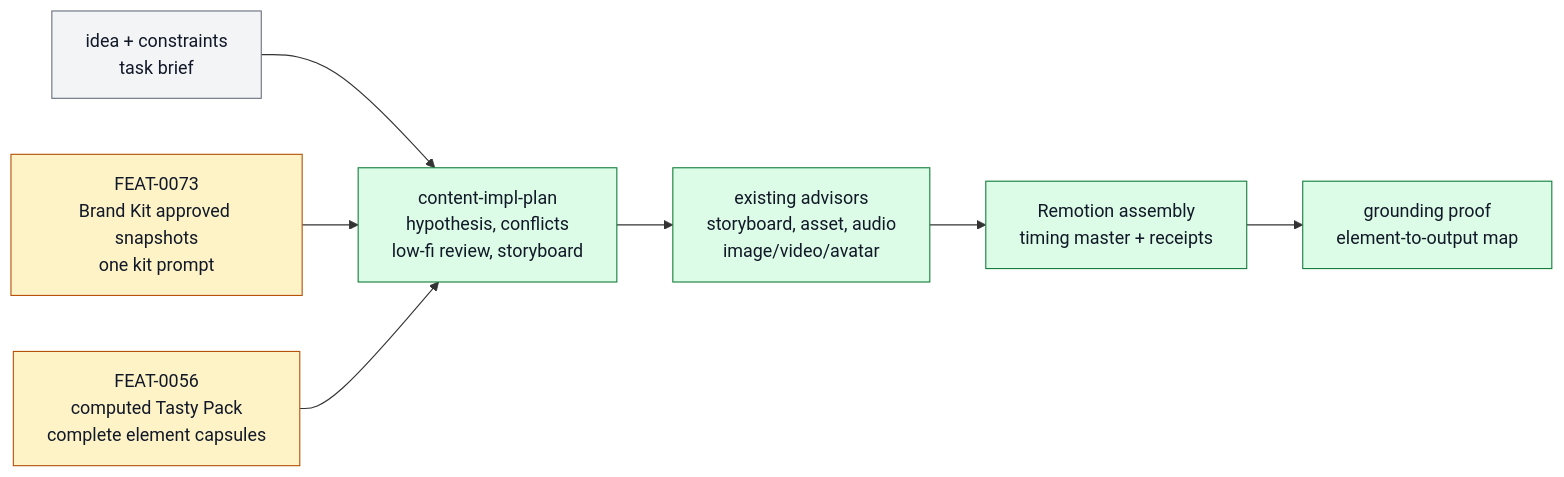
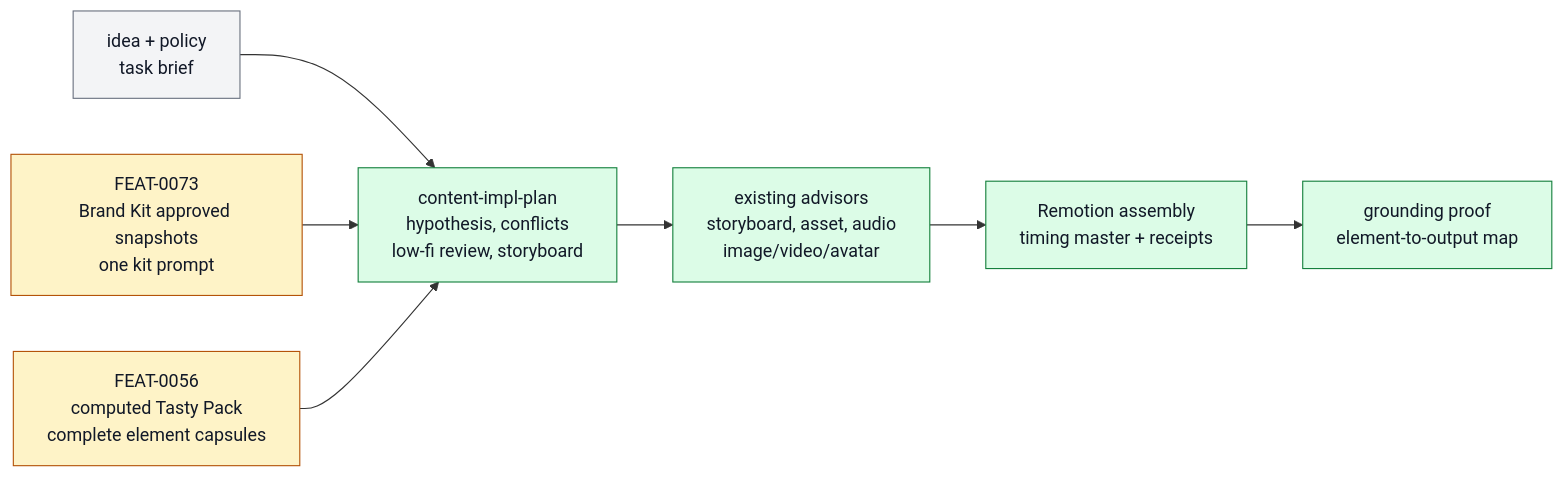
Before and after one commit to ZanarkandTechnologies/Farplane: the diagram in docs/systems/content-production.md, drawn with Mermaid. The commit also changed other lines of this file and 6 other files, not shown here.

````diff
--- a/docs/systems/content-production.md
+++ b/docs/systems/content-production.md
@@ -93,19 +101,19 @@
 ```mermaid
 flowchart LR
   classDef keep fill:#f3f4f6,stroke:#6b7280,color:#111827
   classDef changed fill:#fef3c7,stroke:#b45309,color:#111827
   classDef added fill:#dcfce7,stroke:#15803d,color:#111827
 
-  idea["idea + constraints<br/>task brief"]:::keep
+  idea["idea + policy<br/>task brief"]:::keep
   kit["FEAT-0073<br/>Brand Kit approved snapshots<br/>one kit prompt"]:::changed
   tasty["FEAT-0056<br/>computed Tasty Pack<br/>complete element capsules"]:::changed
   plan["content-impl-plan<br/>hypothesis, conflicts<br/>low-fi review, storyboard"]:::added
   advisors["existing advisors<br/>storyboard, asset, audio<br/>image/video/avatar"]:::added
   render["Remotion assembly<br/>timing master + receipts"]:::added
   proof["grounding proof<br/>element-to-output map"]:::added
 
   idea --> plan
   kit --> plan
   tasty --> plan
   plan --> advisors --> render --> proof
 ```
````
